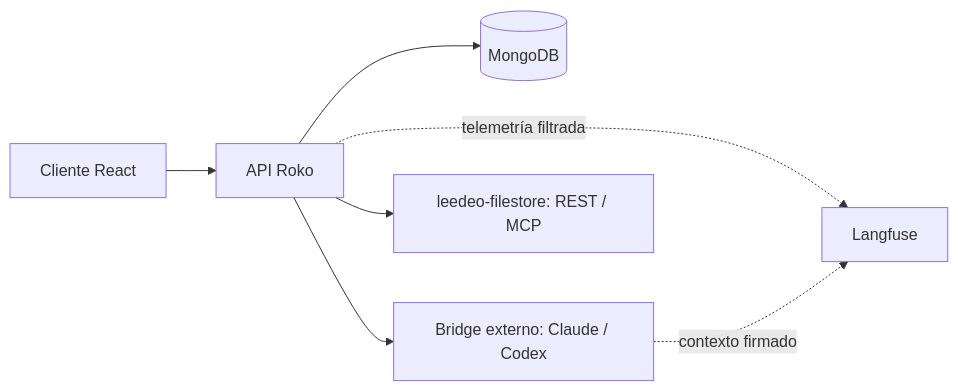
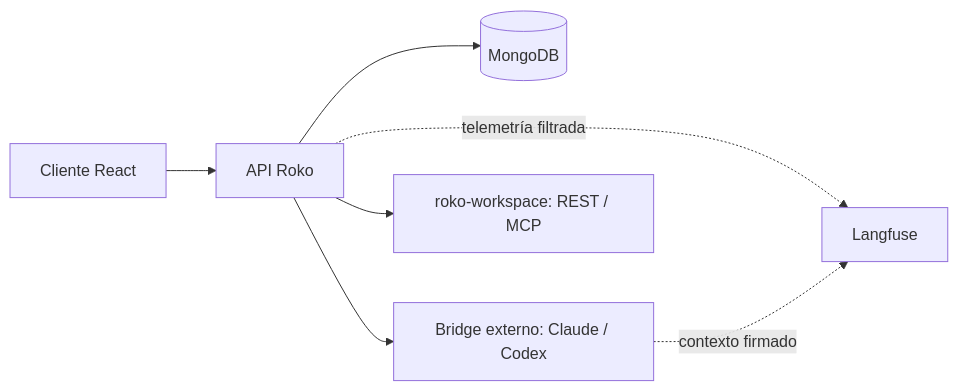
One commit to Polfrns/Chat changed the diagram in SPEC.md. Above: the diagram before and after it, drawn with Mermaid. The commit also changed other lines of this file and 175 other files, not shown here.

````diff
--- a/SPEC.md
+++ b/SPEC.md
@@ -13,9 +13,9 @@
 ```mermaid
 flowchart LR
   UI[Cliente React] --> API[API Roko]
   API --> DB[(MongoDB)]
   API --> Bridge[Bridge externo: Claude / Codex]
-  API --> FS[leedeo-filestore: REST / MCP]
+  API --> FS[roko-workspace: REST / MCP]
   API -. telemetría filtrada .-> LF[Langfuse]
   Bridge -. contexto firmado .-> LF
 ```
````
